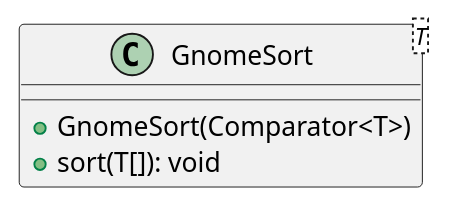
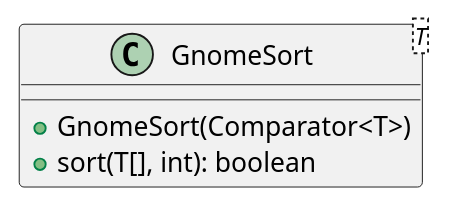
Before and after one commit to P-Kalin/kit26a: the diagram in malokhvii-eduard/malokhvii05/doc/plantuml/ua/khpi/oop/malokhvii05/common/algorithms/sort/GnomeSort.puml, drawn with PlantUML. The commit also changed 47 other files, not shown here.

Commit message:
#3, #13 malokhvii05: update graphs

```diff
--- a/malokhvii-eduard/malokhvii05/doc/plantuml/ua/khpi/oop/malokhvii05/common/algorithms/sort/GnomeSort.puml
+++ b/malokhvii-eduard/malokhvii05/doc/plantuml/ua/khpi/oop/malokhvii05/common/algorithms/sort/GnomeSort.puml
@@ -1,8 +1,8 @@
 @startuml
 
     class GnomeSort<T> {
         +GnomeSort(Comparator<T>)
-        +sort(T[]): void
+        +sort(T[], int): boolean
     }
 
 @enduml
```
